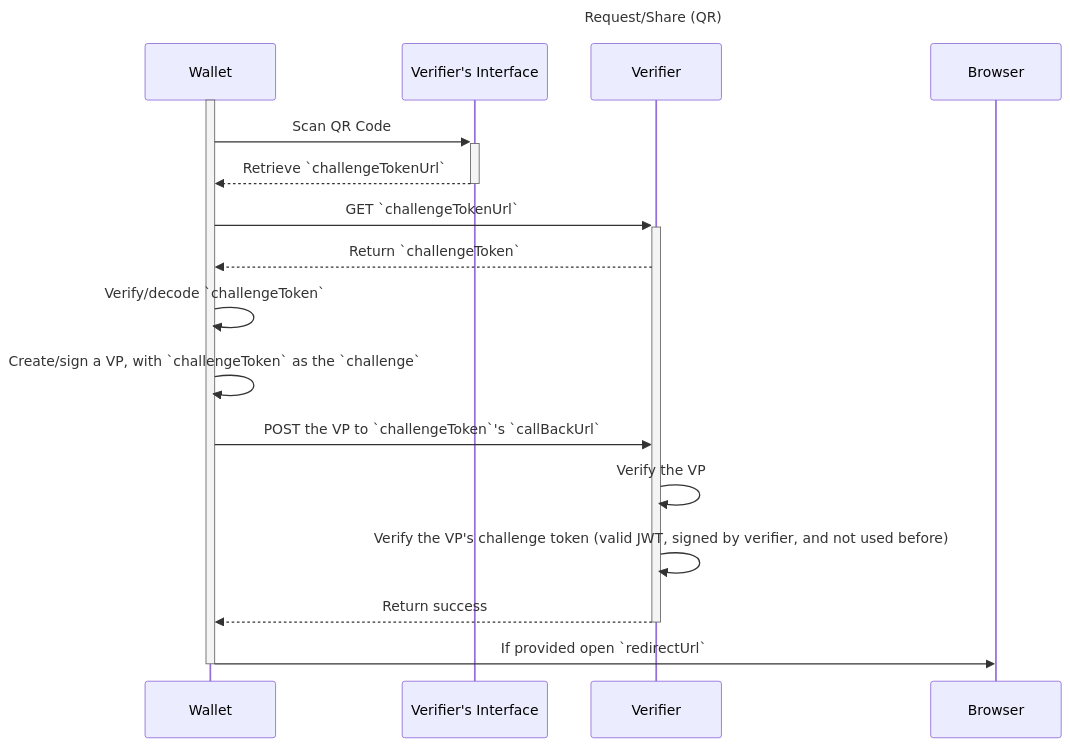
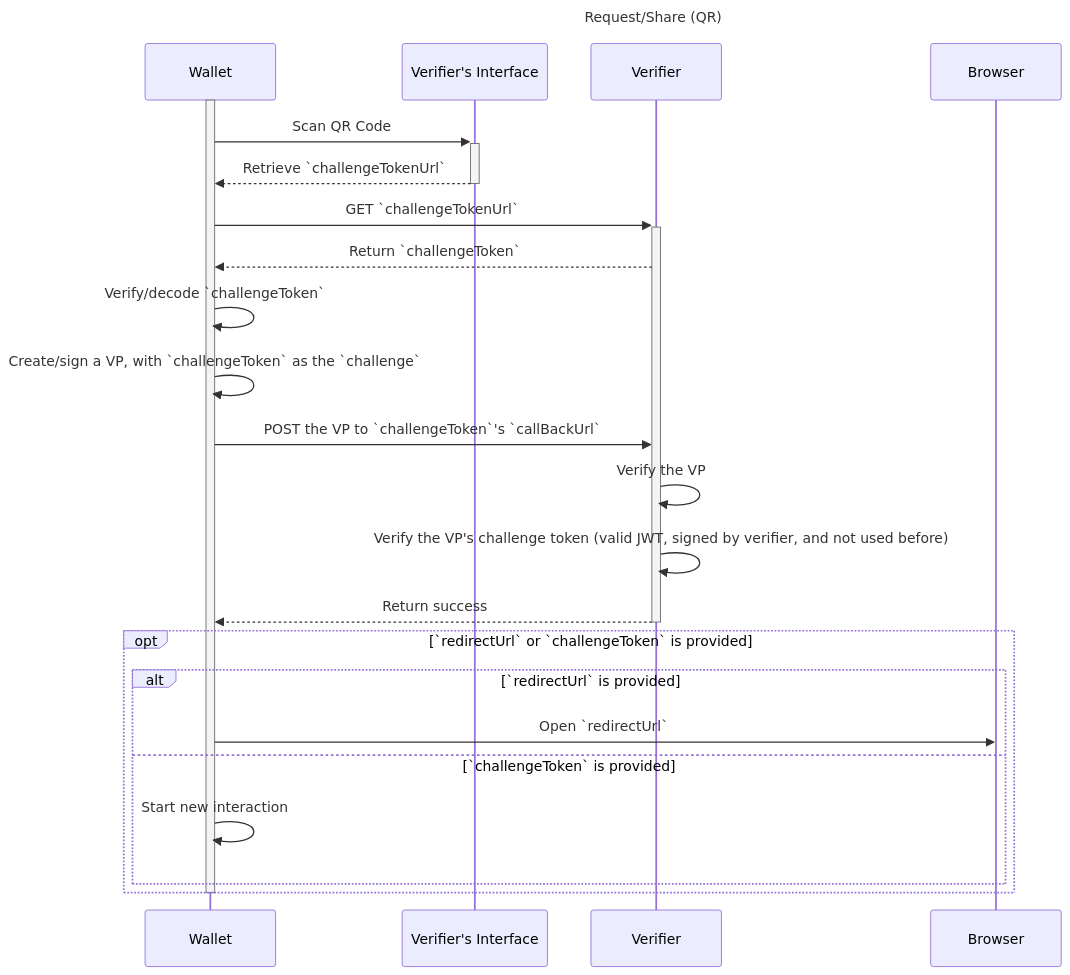
The third of 4 diagrams in spec/spec.md (decentralized-identity/waci-presentation-exchange), drawn with Mermaid before and after one commit. The commit also changed other lines of this file, not shown here.

````diff
--- a/spec/spec.md
+++ b/spec/spec.md
@@ -366,24 +404,30 @@
 ```mermaid
 sequenceDiagram
   title: Request/Share (QR)
 
   activate Wallet
 
   Wallet ->>+ Verifier's Interface: Scan QR Code
   Verifier's Interface -->>- Wallet: Retrieve `challengeTokenUrl`
 
   Wallet ->>+ Verifier: GET `challengeTokenUrl`
   Verifier -->> Wallet: Return `challengeToken`
 
   Wallet ->> Wallet: Verify/decode `challengeToken`
   Wallet ->> Wallet: Create/sign a VP, with `challengeToken` as the `challenge`
 
   Wallet ->> Verifier: POST the VP to `challengeToken`'s `callBackUrl`
   Verifier ->> Verifier: Verify the VP
   Verifier ->> Verifier: Verify the VP's challenge token (valid JWT, signed by verifier, and not used before)
   Verifier -->>- Wallet: Return success
 
-  Wallet ->> Browser: If provided open `redirectUrl`
+  opt `redirectUrl` or `challengeToken` is provided
+    alt `redirectUrl` is provided
+      Wallet ->> Browser: Open `redirectUrl`
+    else `challengeToken` is provided
+      Wallet ->> Wallet: Start new interaction
+    end
+  end
 
   deactivate Wallet
 ```
````
